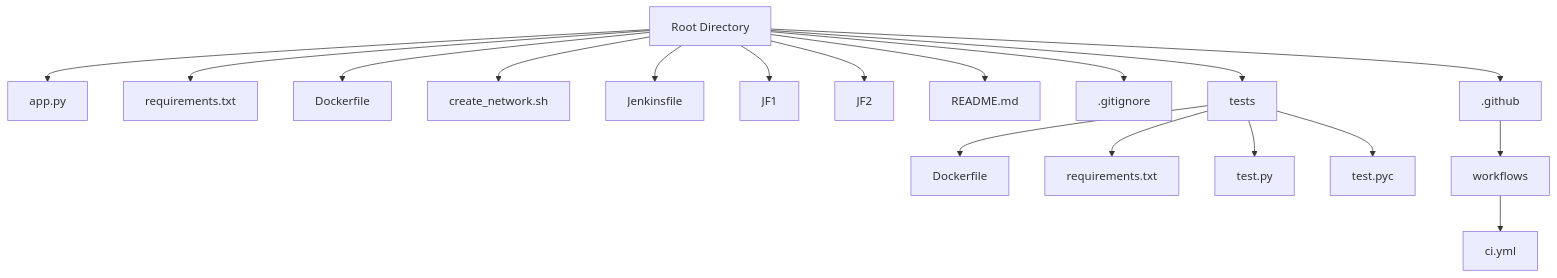
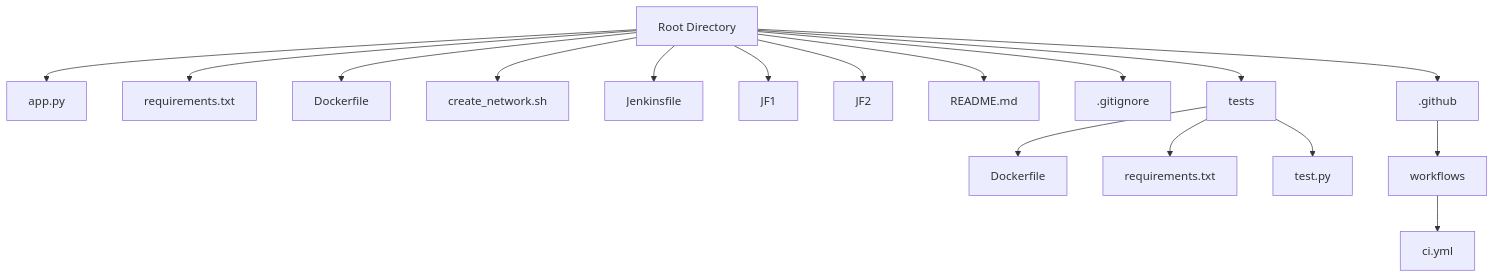
The first of 3 diagrams in README.md (serhiiyasenev/multibranch-pipeline-project), drawn with Mermaid before and after one commit.

````diff
--- a/README.md
+++ b/README.md
@@ -13,21 +13,20 @@
 ```mermaid
 graph TD
   A[Root Directory]
   A --> B[app.py]
   A --> C[requirements.txt]
   A --> D[Dockerfile]
   A --> E[create_network.sh]
   A --> F[Jenkinsfile]
   A --> G[JF1]
   A --> H[JF2]
   A --> I[README.md]
   A --> J[.gitignore]
   A --> K[tests]
   A --> L[.github]
   K --> K1[Dockerfile]
   K --> K2[requirements.txt]
   K --> K3[test.py]
-  K --> K4[test.pyc]
   L --> L1[workflows]
   L1 --> L2[ci.yml]
 ```
````
